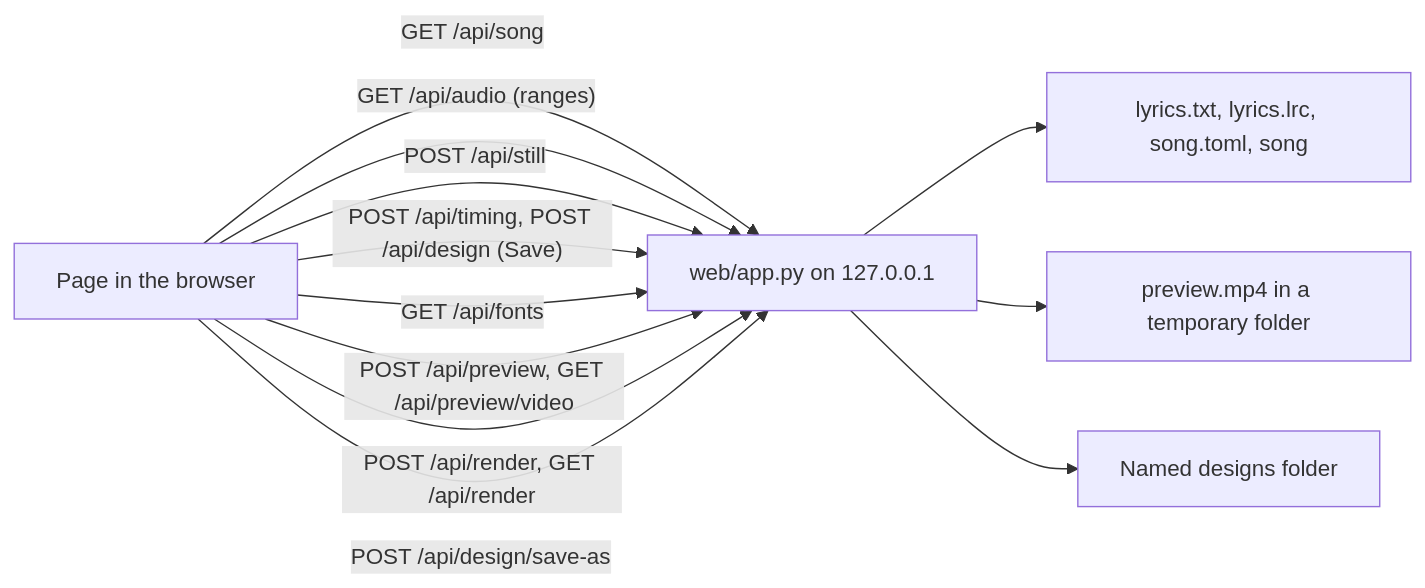
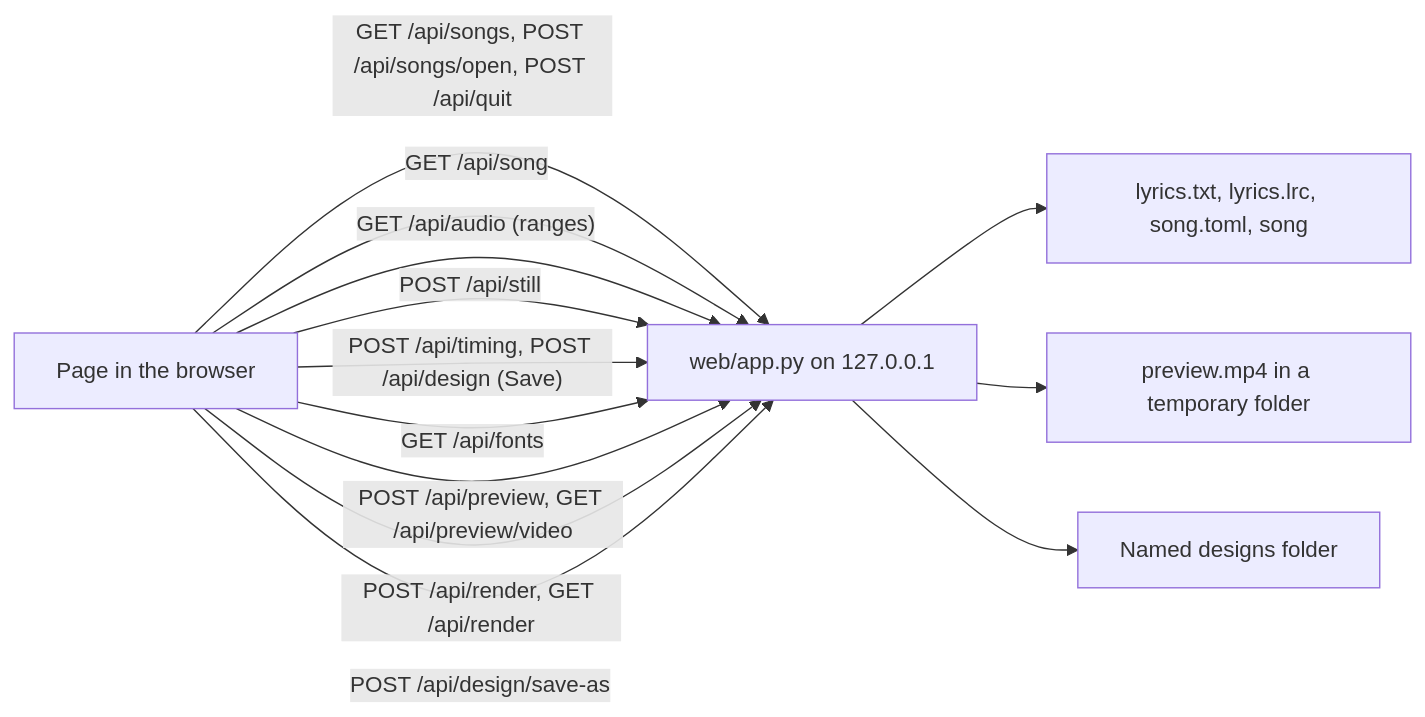
Before and after one commit to musica-sanare/lyrics-video-app: the third of 3 diagrams in docs/en/ARCHITECTURE.md, drawn with Mermaid. The commit also changed other lines of this file and 19 other files, not shown here.

````diff
--- a/docs/en/ARCHITECTURE.md
+++ b/docs/en/ARCHITECTURE.md
@@ -110,17 +110,18 @@
 ```mermaid
 flowchart LR
   page["Page in the browser"]
   server["web/app.py on 127.0.0.1"]
   files["lyrics.txt, lyrics.lrc, song.toml, song"]
+  page -->|"GET /api/songs, POST /api/songs/open, POST /api/quit"| server
   page -->|"GET /api/song"| server
   page -->|"GET /api/audio (ranges)"| server
   page -->|"POST /api/still"| server
   page -->|"POST /api/timing, POST /api/design (Save)"| server
   page -->|"GET /api/fonts"| server
   page -->|"POST /api/preview, GET /api/preview/video"| server
   page -->|"POST /api/render, GET /api/render"| server
   server --> files
   server --> temp["preview.mp4 in a temporary folder"]
   page -->|"POST /api/design/save-as"| server
   server --> designs["Named designs folder"]
 ```
````
